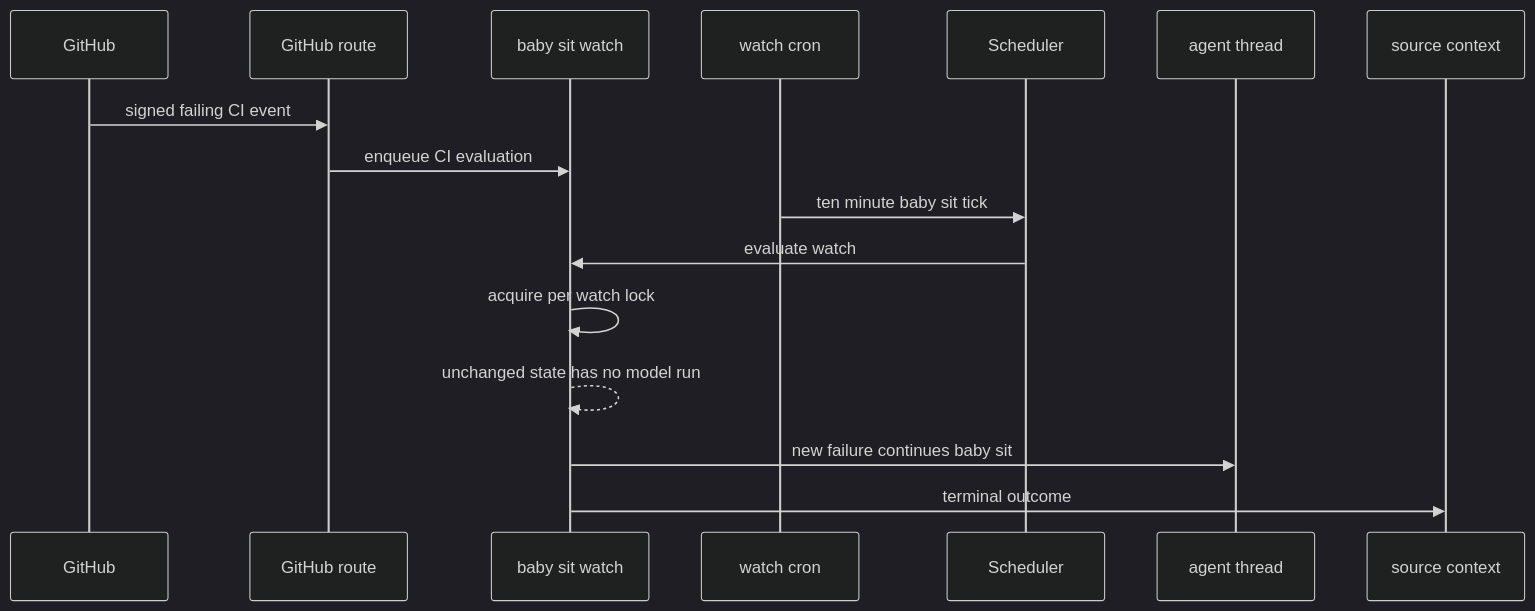
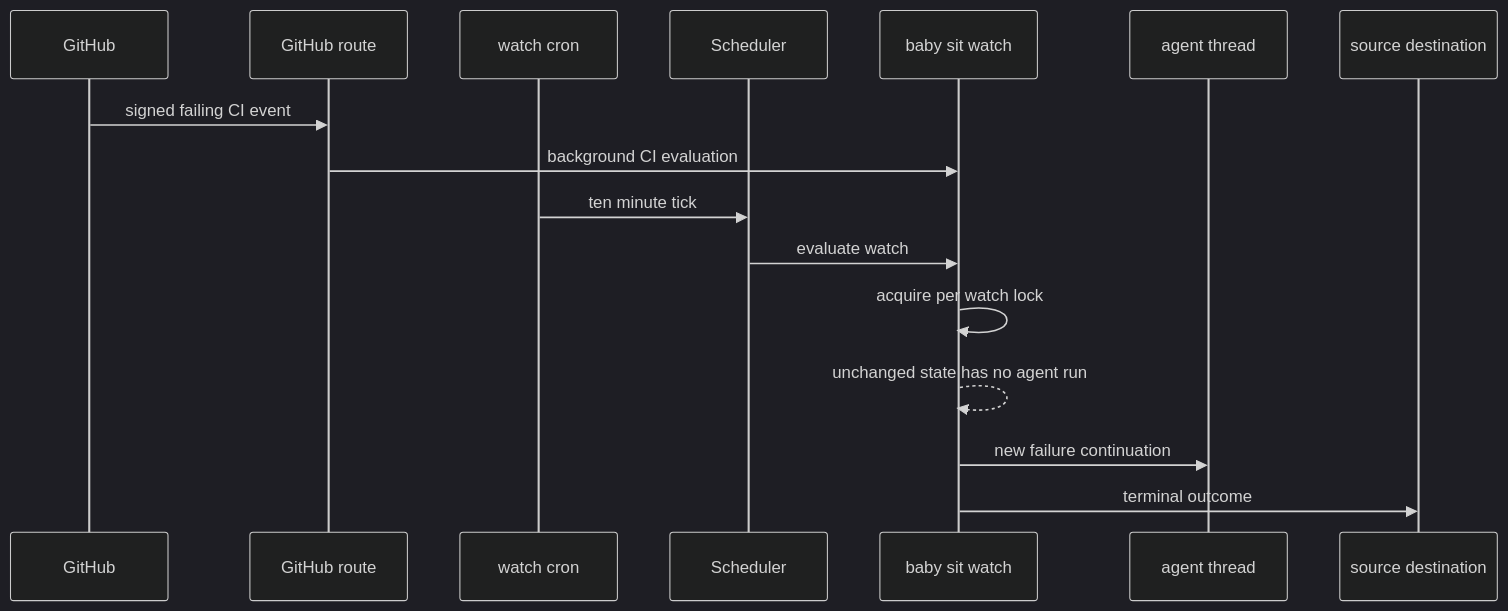
Before and after one commit to langchain-ai/open-swe: the second of 2 diagrams in openwiki/workflows/scheduling-and-baby-sit.md, drawn with Mermaid (dark theme). The commit also changed other lines of this file and 51 other files, not shown here.

````diff
--- a/openwiki/workflows/scheduling-and-baby-sit.md
+++ b/openwiki/workflows/scheduling-and-baby-sit.md
@@ -127,19 +115,19 @@
 ```mermaid
 sequenceDiagram
   participant GitHub
   participant Route as GitHub route
-  participant Watcher as baby sit watch
   participant Cron as watch cron
   participant Scheduler
-  participant Thread as agent thread
-  participant Source as source context
+  participant Watcher as baby sit watch
+  participant AgentThread as agent thread
+  participant Source as source destination
 
   GitHub->>Route: signed failing CI event
-  Route->>Watcher: enqueue CI evaluation
-  Cron->>Scheduler: ten minute baby sit tick
+  Route->>Watcher: background CI evaluation
+  Cron->>Scheduler: ten minute tick
   Scheduler->>Watcher: evaluate watch
   Watcher->>Watcher: acquire per watch lock
-  Watcher-->>Watcher: unchanged state has no model run
-  Watcher->>Thread: new failure continues baby sit
+  Watcher-->>Watcher: unchanged state has no agent run
+  Watcher->>AgentThread: new failure continuation
   Watcher->>Source: terminal outcome
 ```
````
